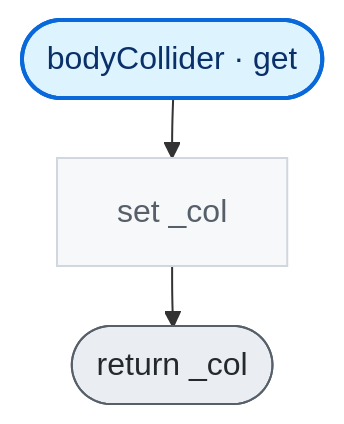
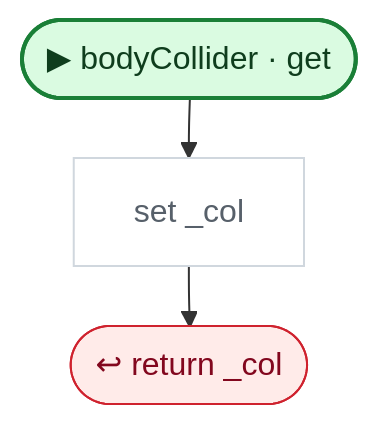
Before and after one commit to nataiai/Lord-of-the-Dungeon: the second of 5 diagrams in CodeGraph~/graph/Character.cs.md, drawn with Mermaid. The commit also changed other lines of this file and 44 other files, not shown here.

````diff
--- a/CodeGraph~/graph/Character.cs.md
+++ b/CodeGraph~/graph/Character.cs.md
@@ -68,28 +68,32 @@
 ```mermaid
 ---
 config:
   flowchart:
     wrappingWidth: 260
     nodeSpacing: 26
     rankSpacing: 30
 ---
 flowchart TD
-  nS(["bodyCollider · get"])
+  nS(["▶ bodyCollider · get"])
   n02b6cf["set _col"]
-  n7bbeac(["return _col"])
+  n7bbeac(["↩ return _col"])
   nS --> n02b6cf
   n02b6cf --> n7bbeac
-  classDef unity fill:#fff1c2,stroke:#9a6700,stroke-width:2px,color:#3b2300
-  classDef start fill:#ddf4ff,stroke:#0969da,stroke-width:2px,color:#0a3069
-  classDef calc fill:#f6f8fa,stroke:#d0d7de,color:#57606a
-  classDef calls fill:#ffffff,stroke:#0969da,stroke-width:2.5px,color:#0a3069
-  classDef cond fill:#ffffff,stroke:#6e7781,stroke-width:1.5px,color:#1f2328
-  classDef loop fill:#fbefff,stroke:#8250df,color:#3e1f79
-  classDef exit fill:#eaeef2,stroke:#57606a,color:#24292f
-  classDef wait fill:#fff8f0,stroke:#bc4c00,color:#4d1d00
+  classDef unity fill:#dafbe1,stroke:#1a7f37,stroke-width:2px,color:#0f3d1d
+  classDef start fill:#dafbe1,stroke:#1a7f37,stroke-width:2px,color:#0f3d1d
+  classDef calc fill:#ffffff,stroke:#d0d7de,color:#57606a
+  classDef calls fill:#ddf4ff,stroke:#0969da,stroke-width:2px,color:#0a3069
+  classDef ext fill:#ddf4ff,stroke:#0969da,stroke-width:2px,stroke-dasharray:5 3,color:#0a3069
+  classDef cond fill:#fff8c5,stroke:#bf8700,stroke-width:1.5px,color:#3d2a00
+  classDef loop fill:#f6f8fa,stroke:#57606a,color:#1f2328
+  classDef exit fill:#ffebe9,stroke:#cf222e,color:#82071e
+  classDef kill fill:#ffebe9,stroke:#cf222e,stroke-width:2px,color:#82071e
+  classDef spawn fill:#dafbe1,stroke:#1a7f37,stroke-width:2px,color:#0f3d1d
+  classDef wait fill:#fff1e5,stroke:#bc4c00,color:#4d1d00
   classDef fin fill:#eaeef2,stroke:#8c959f,color:#57606a
   classDef join fill:#d0d7de,stroke:#8c959f,color:#57606a
+  classDef ghdr fill:#f5f9ff,stroke:#f5f9ff,color:#0a3069,font-weight:bold
   class n02b6cf calc
   class n7bbeac exit
   class nS start
 ```
````
